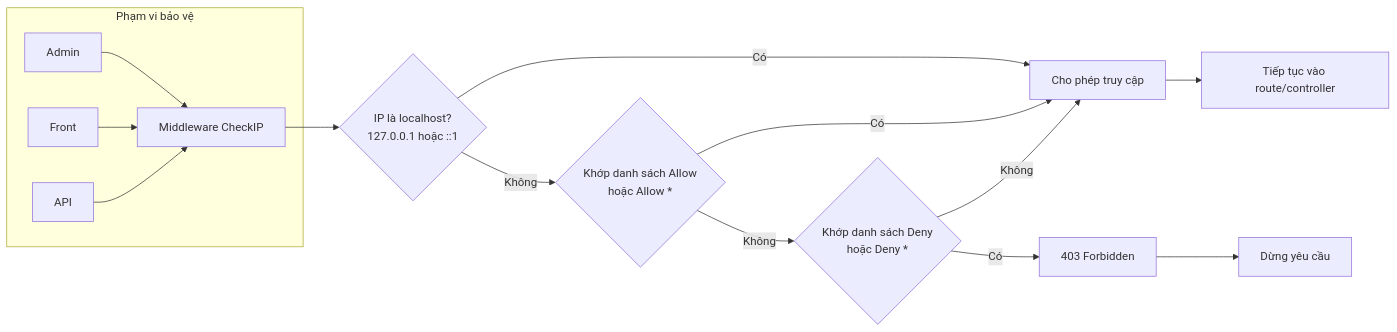
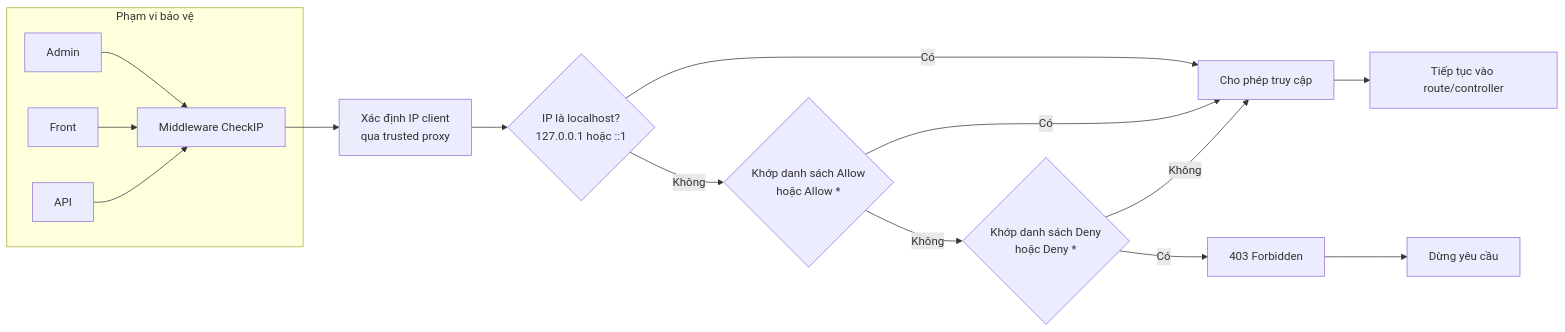
The diagram in readme_vi.md (gp247net/CheckIP), drawn with Mermaid before and after one commit. The commit also changed other lines of this file and 8 other files, not shown here.

````diff
--- a/readme_vi.md
+++ b/readme_vi.md
@@ -26,19 +47,20 @@
 ```mermaid
 flowchart LR
     subgraph Contexts[Phạm vi bảo vệ]
         A[Admin] --> M
         B[Front] --> M
         C[API] --> M
     end
 
-    M[Middleware CheckIP] --> D1{IP là localhost?<br/>127.0.0.1 hoặc ::1}
+    M[Middleware CheckIP] --> R[Xác định IP client<br/>qua trusted proxy]
+    R --> D1{IP là localhost?<br/>127.0.0.1 hoặc ::1}
     D1 -- Có --> ALLOW[Cho phép truy cập]
     D1 -- Không --> D2{Khớp danh sách Allow<br/>hoặc Allow *}
     D2 -- Có --> ALLOW
     D2 -- Không --> D3{Khớp danh sách Deny<br/>hoặc Deny *}
     D3 -- Có --> DENY[403 Forbidden]
     D3 -- Không --> ALLOW
 
     ALLOW --> NEXT[Tiếp tục vào route/controller]
     DENY --> STOP[Dừng yêu cầu]
 ```
````
